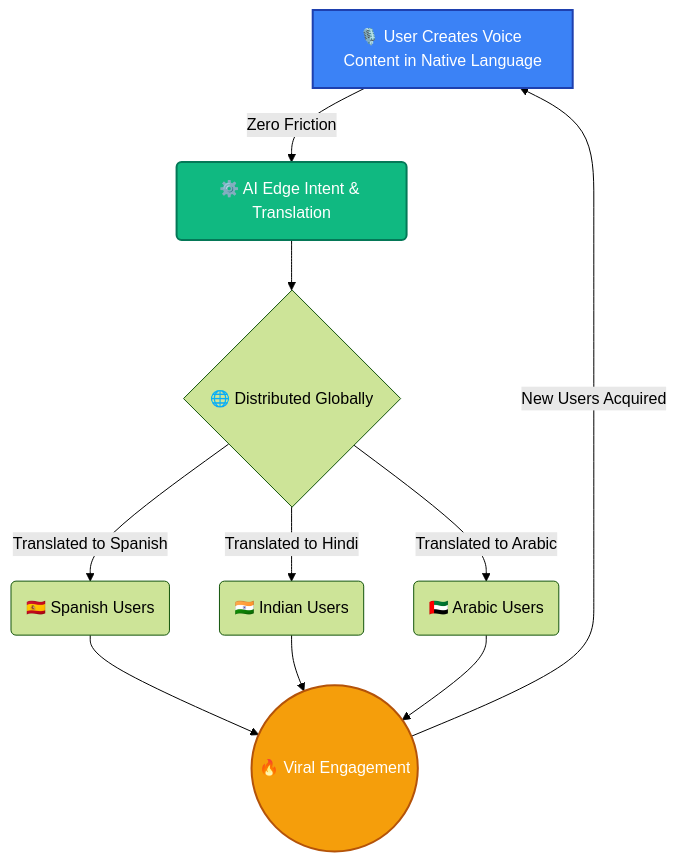
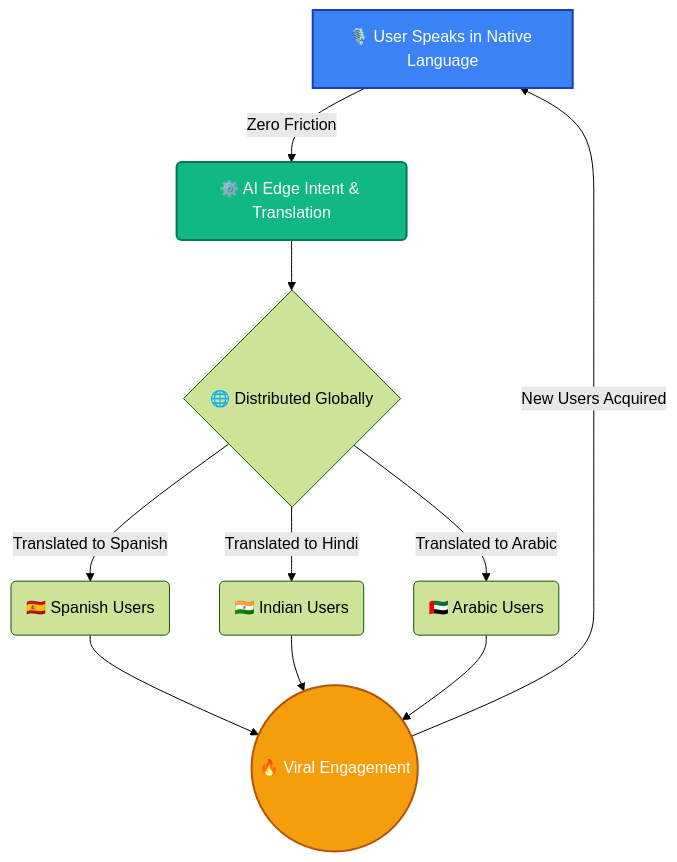
One commit to Ak2556/echo-mobile changed the first of 3 diagrams in README.md. Above: the diagram before and after it, drawn with Mermaid (forest theme). The commit also changed other lines of this file, not shown here.

````diff
--- a/README.md
+++ b/README.md
@@ -53,16 +55,16 @@
 ```mermaid
 graph TD
-    A[🎙️ User Creates Voice Content in Native Language] -->|Zero Friction| B(⚙️ AI Edge Intent & Translation)
+    A[🎙️ User Speaks in Native Language] -->|Zero Friction| B(⚙️ AI Edge Intent & Translation)
     B --> C{🌐 Distributed Globally}
     C -->|Translated to Spanish| D(🇪🇸 Spanish Users)
     C -->|Translated to Hindi| E(🇮🇳 Indian Users)
     C -->|Translated to Arabic| F(🇦🇪 Arabic Users)
     D --> G((🔥 Viral Engagement))
     E --> G
     F --> G
     G -->|New Users Acquired| A
     
     style A fill:#3B82F6,stroke:#1E40AF,stroke-width:2px,color:#fff
     style B fill:#10B981,stroke:#047857,stroke-width:2px,color:#fff
     style G fill:#F59E0B,stroke:#B45309,stroke-width:2px,color:#fff
 ```
````
